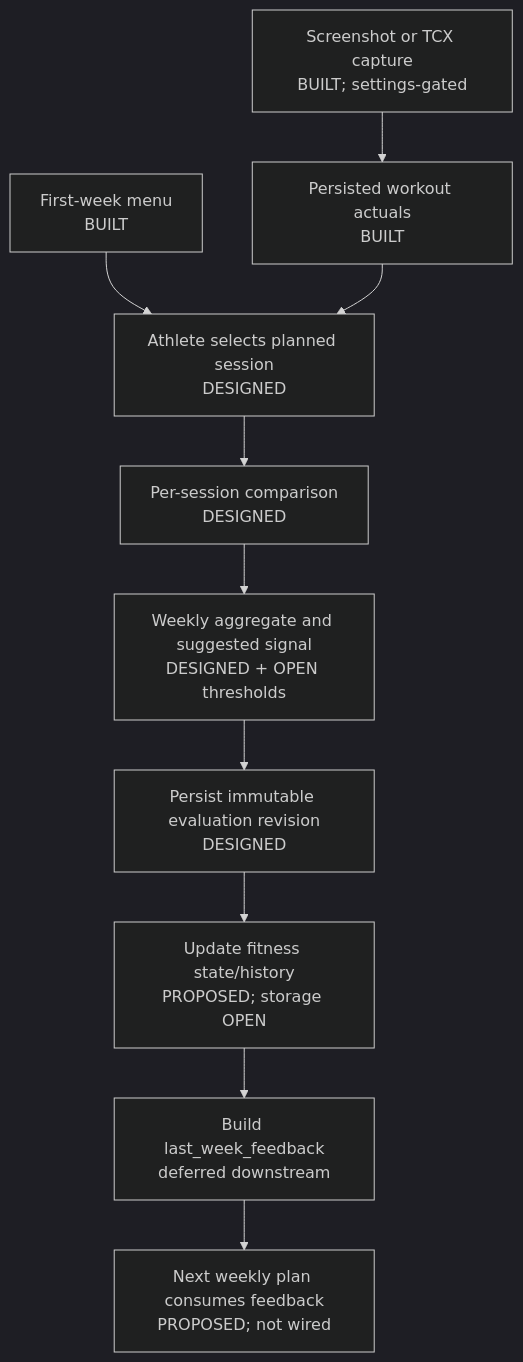
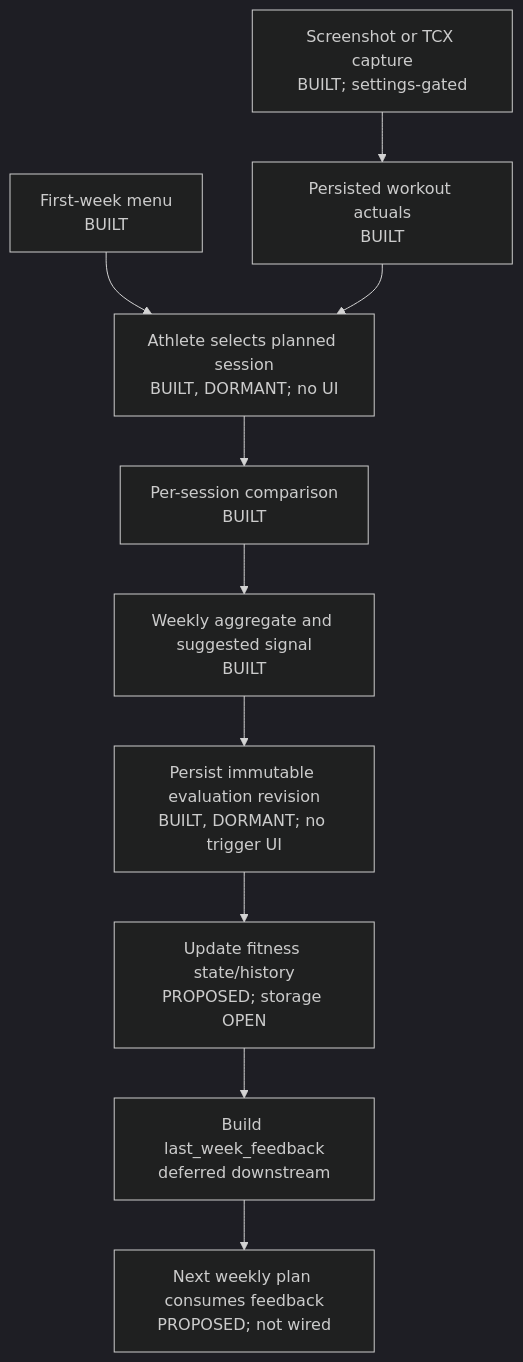
Before and after one commit to tinips/adaptive_training_coach: the first of 4 diagrams in docs/design/first-week-evaluator.md, drawn with Mermaid (dark theme). The commit also changed other lines of this file and 6 other files, not shown here.

````diff
--- a/docs/design/first-week-evaluator.md
+++ b/docs/design/first-week-evaluator.md
@@ -44,17 +52,17 @@
 ```mermaid
 flowchart TD
     P["First-week menu<br/>BUILT"]
     X["Screenshot or TCX capture<br/>BUILT; settings-gated"]
     A["Persisted workout actuals<br/>BUILT"]
-    L["Athlete selects planned session<br/>DESIGNED"]
-    C["Per-session comparison<br/>DESIGNED"]
-    W["Weekly aggregate and suggested signal<br/>DESIGNED + OPEN thresholds"]
-    O["Persist immutable evaluation revision<br/>DESIGNED"]
+    L["Athlete selects planned session<br/>BUILT, DORMANT; no UI"]
+    C["Per-session comparison<br/>BUILT"]
+    W["Weekly aggregate and suggested signal<br/>BUILT"]
+    O["Persist immutable evaluation revision<br/>BUILT, DORMANT; no trigger UI"]
     F["Update fitness state/history<br/>PROPOSED; storage OPEN"]
     B["Build last_week_feedback<br/>deferred downstream"]
     N["Next weekly plan consumes feedback<br/>PROPOSED; not wired"]
 
     P --> L
     X --> A --> L
     L --> C --> W --> O --> F --> B --> N
 ```
````
